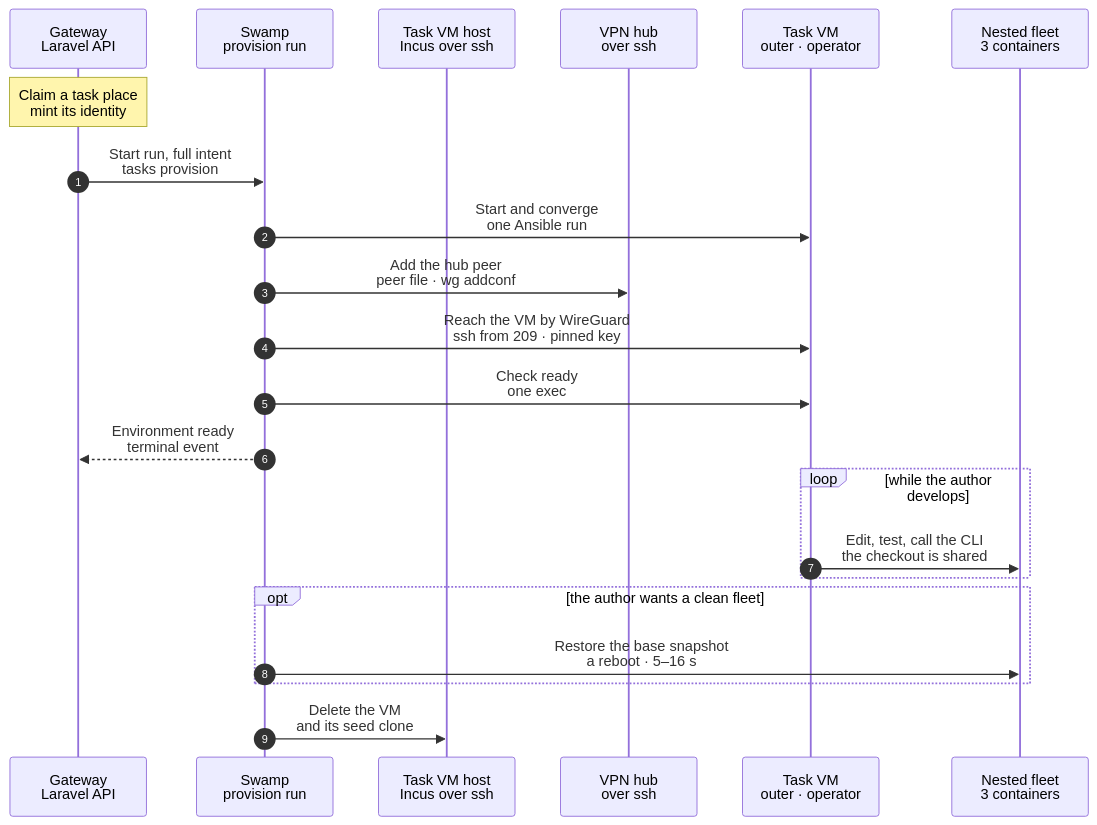
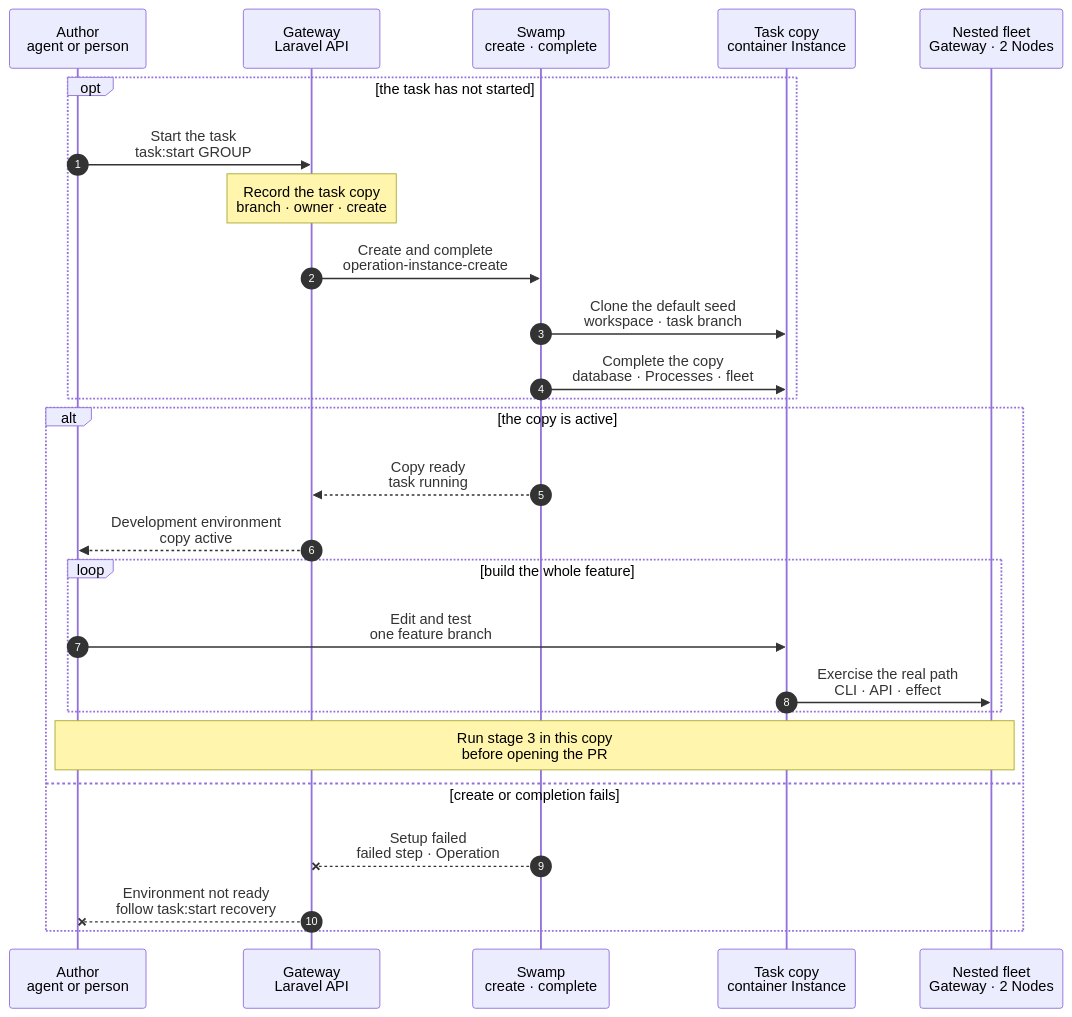
Before and after one commit to hardimpactdev/orbit: the diagram in docs/reference/pipeline/2-development-environment.mmd, drawn with Mermaid. The commit also changed 12 other files, not shown here.

First line of the commit message:
docs: align pipeline with proof before PRs

```diff
--- a/docs/reference/pipeline/2-development-environment.mmd
+++ b/docs/reference/pipeline/2-development-environment.mmd
@@ -1,62 +1,50 @@
 sequenceDiagram
-  %% Target design (agreed with Nick, 2026-11-07): stage 2 of the command development pipeline. A task VM, where an agent or Nick develops a command and the proof cases run too, is a copy of the host's base VM snapshot with a fresh identity, named `<node>-tvm-<n>` by its place under the host's `task_places`. The base holds everything installed and ready: orbit-agent, the Pi server, the tools, Swamp, sshd and UFW, a warm checkout of main with `vendor/` and `node_modules/`, and the nested fleet (a Gateway with Swamp, an app-dev Node, an app-prod Node) as Incus system containers that start with the VM, with a `base` snapshot each for the proof. The containers mount the outer VM's checkout as a disk device, so an edit reaches them at once. The task start: docs/cli/task/start.mmd.
-  %% 2026-11-16: the task VM start (`operation-task-provision`, `task-vm-start`, `task-vm-hub-peer`) and its release (`operation-task-vm-slot-release`, `task-vm-slot-phase`, `task-vm-hub-peer-remove`) are deleted (docs/reference/old-paths.md#the-pi-task-loop); their steps below record the old flow until this stage moves to task copies.
+  %% Current flow: stage 2 of the command development pipeline. A task runs in a copy of its Project's default container Instance. Acquire it before prep when prep runs there, then reuse that copy for build and proof. A nested-fleet Project gives it its own Gateway, app-dev and app-prod containers. Task start and completion details belong to docs/cli/task/start.mmd.
   %% status: draft
-  %% command: development pipeline stage 2 · development environment
+  %% command: development pipeline stage 2 · task copy and nested fleet
   %% kind: pipeline.2-development-environment
   autonumber
+  %% lane AG icon=terminal pill=caller tone=gray
   %% lane GW icon=gateway pill=intent tone=blue
   %% lane SW icon=workflow pill=executes tone=green
-  %% lane H icon=server pill=target tone=amber
-  %% lane HUB icon=server pill=hub tone=gray
-  %% lane VM icon=server pill=task VM tone=purple
-  %% lane NT icon=server pill=fleet tone=gray
+  %% lane CP icon=server pill=target tone=purple
+  %% lane NT icon=server pill=fleet tone=amber
+  participant AG as Author<br/>agent or person
   participant GW as Gateway<br/>Laravel API
-  participant SW as Swamp<br/>provision run
-  participant H as Task VM host<br/>Incus over ssh
-  participant HUB as VPN hub<br/>over ssh
-  participant VM as Task VM<br/>outer · operator
-  participant NT as Nested fleet<br/>3 containers
-  Note over GW: Claim a task place<br/>mint its identity
-  %%> Requirements:
-  %%> - an external task group in `todo`, a free place under a host's `task_places` and a promoted base snapshot on that host
-  %%> Result:
-  %%> - a task place in the separate task pool; a full pool waits up to two hours without an identity or workspace
-  %%> - the group holds the place; its Node, WireGuard key, host key, agent secret and Pi token are new, and the public keys are pinned on the Node. Every VM holds the same model key, the placeholder of the model router guard
-  GW->>SW: Start run, full intent<br/>tasks provision
-  %%> Why:
-  %%> - the same run for a person, an agent or a CI proof
-  SW->>VM: Start and converge<br/>one Ansible run
-  %%> What it does:
-  %%> - the host part copies the host's base snapshot and a clone of its seed snapshot (ZFS clones), writes an identity volume with the identity and keys, and starts the VM; the base's own boot unit applies the identity
-  %%> - the converge part is the converge of the release refresh: a no-op on a current image; it catches up a small delta when main moved since the last release
-  %%> - then the new task branch on the warm checkout, at the group's start commit
-  SW->>HUB: Add the hub peer<br/>peer file · wg addconf
-  %%> Runs beside the step before it: Swamp starts both at once.
-  %%> What it does:
-  %%> - adds the new WireGuard key as a peer of the hub while the VM boots
-  SW->>VM: Reach the VM by WireGuard<br/>ssh from 209 · pinned key
-  %%> What it does:
-  %%> - the path every later step takes: ssh from a Swamp worker to the VM's WireGuard address
-  SW->>VM: Check ready<br/>one exec
-  %%> What it does:
-  %%> - one exec checks the agent, Pi, the tunnel and the three containers; Swamp's `assert` decides
-  SW-->>GW: Environment ready<br/>terminal event
-  %%> Result:
-  %%> - the group runs on its VM; the proof (stage 3) or the proof CI (stage 4) uses the fleet
-  %%> - target under 30 s from admission
-  loop while the author develops
-    VM->>NT: Edit, test, call the CLI<br/>the checkout is shared
+  participant SW as Swamp<br/>create · complete
+  participant CP as Task copy<br/>container Instance
+  participant NT as Nested fleet<br/>Gateway · 2 Nodes
+  opt the task has not started
+    AG->>GW: Start the task<br/>task:start GROUP
+    %%> Requirements:
+    %%> - the task is todo and its Project's default Instance is a container; Orbit command development uses a Project with a nested fleet
+    Note over GW: Record the task copy<br/>branch · owner · create
     %%> What it does:
-    %%> - the author edits and runs tests on the outer VM; PHP in the nested containers sees the change on the next request
-    %%> - the candidate CLI on the outer VM talks to the nested Gateway as the operator
-    %%> - after a new migration, the author runs the migrations in the nested Gateway
+    %%> - binds the copy to the task and admits instance.create in one transaction; task copies take no CI place
+    GW->>SW: Create and complete<br/>operation-instance-create
+    %%> What it does:
+    %%> - starts the normal Instance clone flow after the transaction commits; instance.complete finishes setup after create
+    SW->>CP: Clone the default seed<br/>workspace · task branch
+    %%> What it does:
+    %%> - copies the container and its inner volume when present; the copy owns its workspace and fleet
+    SW->>CP: Complete the copy<br/>database · Processes · fleet
+    %%> What it does:
+    %%> - makes the copy active only after its setup and nested fleet are ready
   end
-  opt the author wants a clean fleet
-    SW->>NT: Restore the base snapshot<br/>a reboot · 5–16 s
-    %%> What it keeps:
-    %%> - the outer VM, Pi and the checkout
+  alt the copy is active
+    SW-->>GW: Copy ready<br/>task running
+    GW-->>AG: Development environment<br/>copy active
+    loop build the whole feature
+      AG->>CP: Edit and test<br/>one feature branch
+      CP->>NT: Exercise the real path<br/>CLI · API · effect
+      %%> What it does:
+      %%> - nested Nodes mount the copy's checkout; apply migrations and service changes before API checks
+      %%> - codify manual changes and test the full end result here, not through a sequence of releases
+    end
+    Note over AG,NT: Run stage 3 in this copy<br/>before opening the PR
+  else create or completion fails
+    SW--xGW: Setup failed<br/>failed step · Operation
+    GW--xAG: Environment not ready<br/>follow task:start recovery
+    %%> Result:
+    %%> - no build or proof starts on an incomplete copy; task:start owns create retries, safe removal and completion recovery
   end
-  SW->>H: Delete the VM<br/>and its seed clone
-  %%> What it does:
-  %%> - when the PR is published, or the group ends, the VM, its seed clone and its identity volume go, the hub peer is removed and the Gateway deletes the Node (docs/cli/task/cancel.mmd)
```
